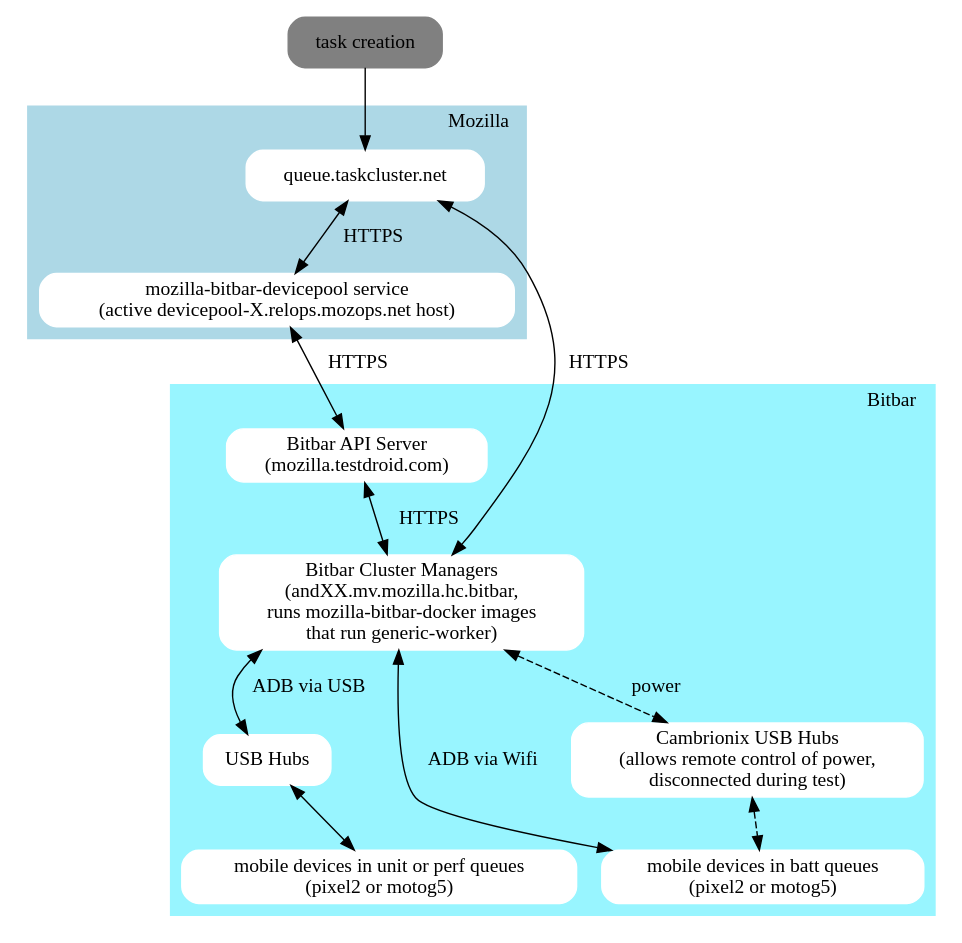
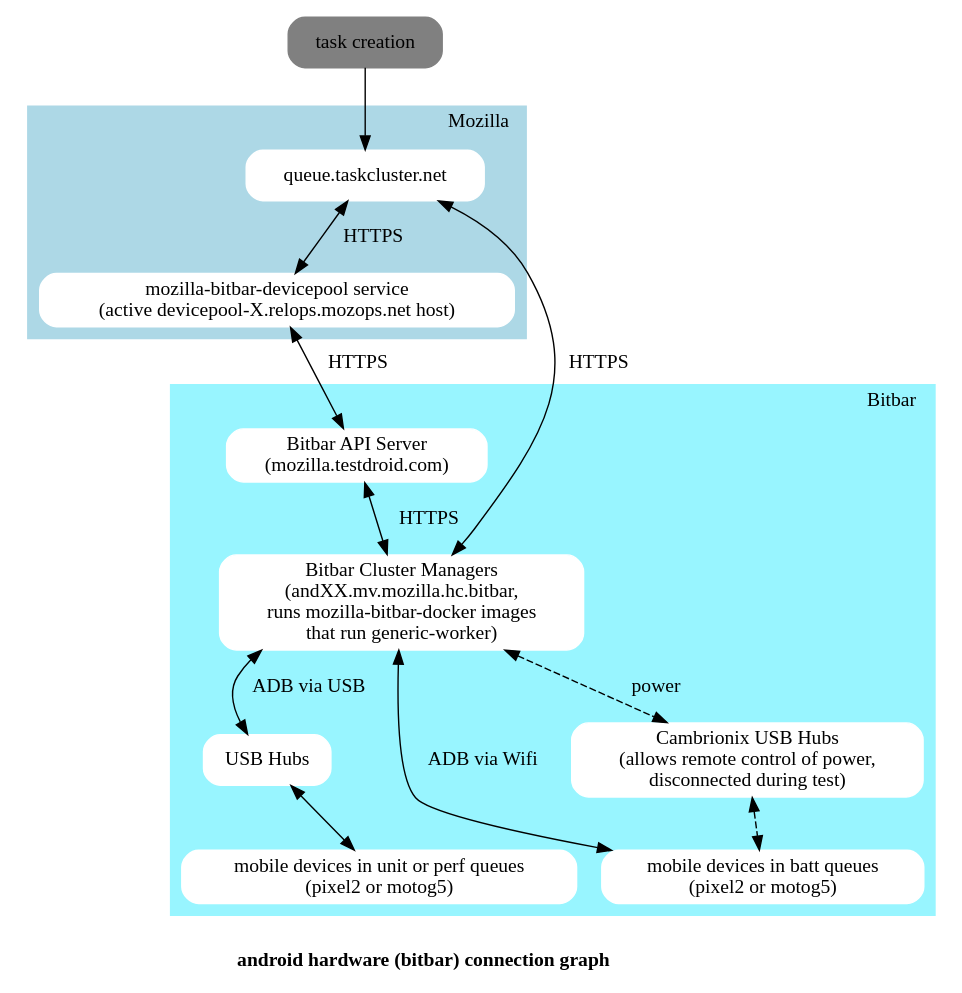
One commit to mozilla-platform-ops/android-tools changed the diagram in flowcharts/connection_graph.dot. Above: the diagram before and after it, drawn with Graphviz.

Commit message:
add title

```diff
--- a/flowcharts/connection_graph.dot
+++ b/flowcharts/connection_graph.dot
@@ -1,56 +1,58 @@
 digraph G {
+    label=<<BR/><B>android hardware (bitbar) connection graph</B>>
+
     // rankdir=LR;
 
 //     queue.taskcluster.net <=> mozilla-bitbar-devicepool service on
 // devicepool hosts <=> bitbar api server (mozilla.testdroid.com) <=>
 // bitbar cluster manager (andXX.mv.mozilla.hc.bitbar) <=> usb hub (some
 // use cambrionix programmable hubs) <=> phone (pixel2, motorola g5)
     
     
   subgraph cluster_0 {
     labeljust="r";
     style=filled;
     color=lightblue;
     node [shape=Mrecord,style=filled,color=white];
     label = "Mozilla";
     a0 [label="queue.taskcluster.net", start="true"];
     a1 [label="mozilla-bitbar-devicepool service\n (active devicepool-X.relops.mozops.net host)"];
     a0 -> a1 [label="  HTTPS", dir="both"];
   }    
 
   subgraph cluster_1 {
     labeljust="r";
     style=filled;
     color=cadetblue1;
     node [shape=Mrecord,style=filled,color=white];
     label = "Bitbar";
 
     a4 [label="Bitbar API Server\n (mozilla.testdroid.com)"];
     hub  [label="USB Hubs"];
     a5 [label="Bitbar Cluster Managers\n (andXX.mv.mozilla.hc.bitbar, \nruns mozilla-bitbar-docker images\n that run generic-worker)"];
     phone [label="mobile devices in unit or perf queues\n (pixel2 or motog5)"];
     batt_phone [label="mobile devices in batt queues\n (pixel2 or motog5)"];
     smart_hub [label="Cambrionix USB Hubs\n (allows remote control of power,\ndisconnected during test)"];
 
     a4 -> a5 [dir="both", label="   HTTPS"];
     a5 -> hub [label=" ADB via USB   ", dir="both"];
     a5 -> smart_hub [label="    power",style="dashed", dir="both"];
     a5 -> batt_phone [label=" ADB via Wifi  ", dir="both"];
     hub -> phone [dir="both"];
     smart_hub -> batt_phone [style="dashed", dir="both"];
   }
 
   // edges
   start -> a0;
 
   a1 -> a4 [label="  HTTPS", dir="both"];
   
   a5 -> a0 [label="  HTTPS", dir="both", ];
 
 //   a1 -> a4;
 //   phone -> end;
 
   start [shape=Mrecord,label="task creation", style=filled, color=gray];
 //   end [shape=Mrecord, label="task completion", style=filled, color=gray];
 
 }
```
